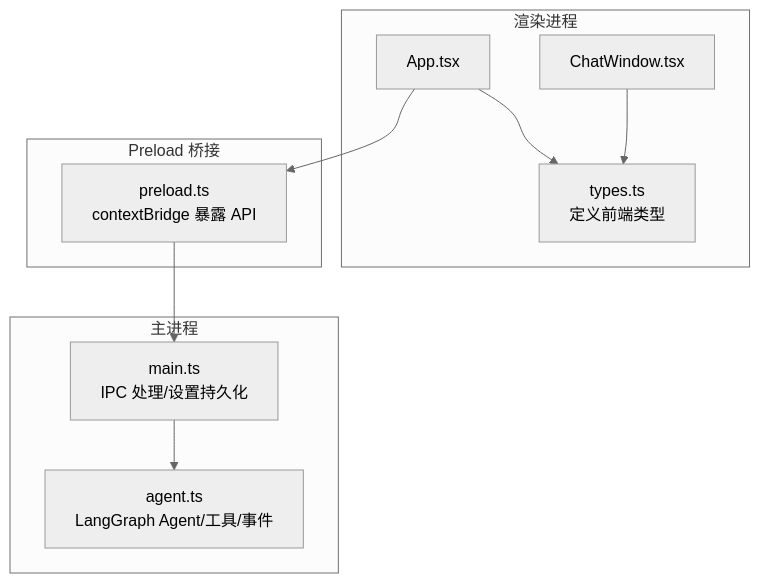
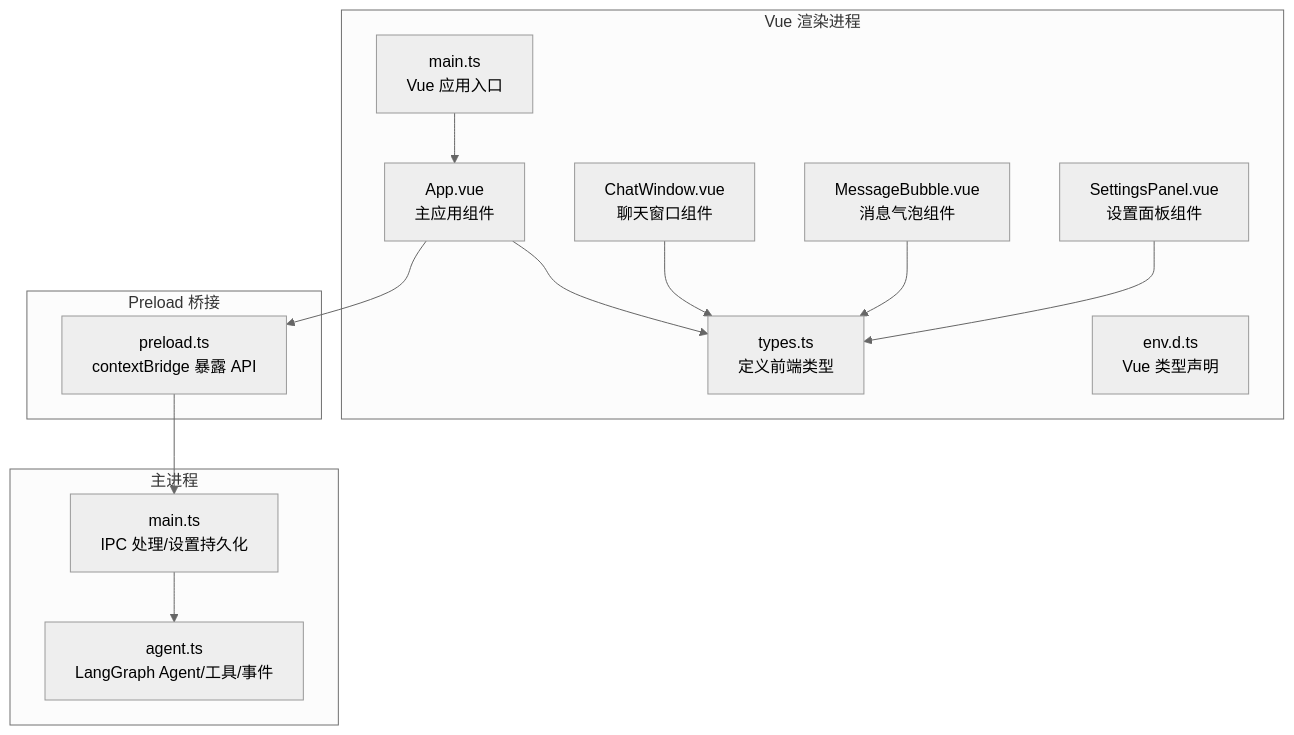
Before and after one commit to hallllla/QAQ-Agent: the first of 5 diagrams in .qoder/repowiki/zh/content/数据流与状态管理/TypeScript 类型系统.md, drawn with Mermaid (neutral theme). The commit also changed other lines of this file and 23 other files, not shown here.

````diff
--- a/.qoder/repowiki/zh/content/数据流与状态管理/TypeScript 类型系统.md
+++ b/.qoder/repowiki/zh/content/数据流与状态管理/TypeScript 类型系统.md
@@ -45,20 +58,27 @@
 ```mermaid
 graph TB
-subgraph "渲染进程"
-R_App["App.tsx"]
-R_Chat["ChatWindow.tsx"]
-R_Types["types.ts<br/>定义前端类型"]
+subgraph "Vue 渲染进程"
+V_Main["main.ts<br/>Vue 应用入口"]
+V_App["App.vue<br/>主应用组件"]
+V_Chat["ChatWindow.vue<br/>聊天窗口组件"]
+V_Message["MessageBubble.vue<br/>消息气泡组件"]
+V_Settings["SettingsPanel.vue<br/>设置面板组件"]
+V_Types["types.ts<br/>定义前端类型"]
+V_Env["env.d.ts<br/>Vue 类型声明"]
 end
 subgraph "Preload 桥接"
 P_Bridge["preload.ts<br/>contextBridge 暴露 API"]
 end
 subgraph "主进程"
 M_Main["main.ts<br/>IPC 处理/设置持久化"]
 A_Agent["agent.ts<br/>LangGraph Agent/工具/事件"]
 end
-R_App --> R_Types
-R_App --> P_Bridge
-R_Chat --> R_Types
+V_Main --> V_App
+V_App --> V_Types
+V_App --> P_Bridge
+V_Chat --> V_Types
+V_Message --> V_Types
+V_Settings --> V_Types
 P_Bridge --> M_Main
 M_Main --> A_Agent
 ```
````
